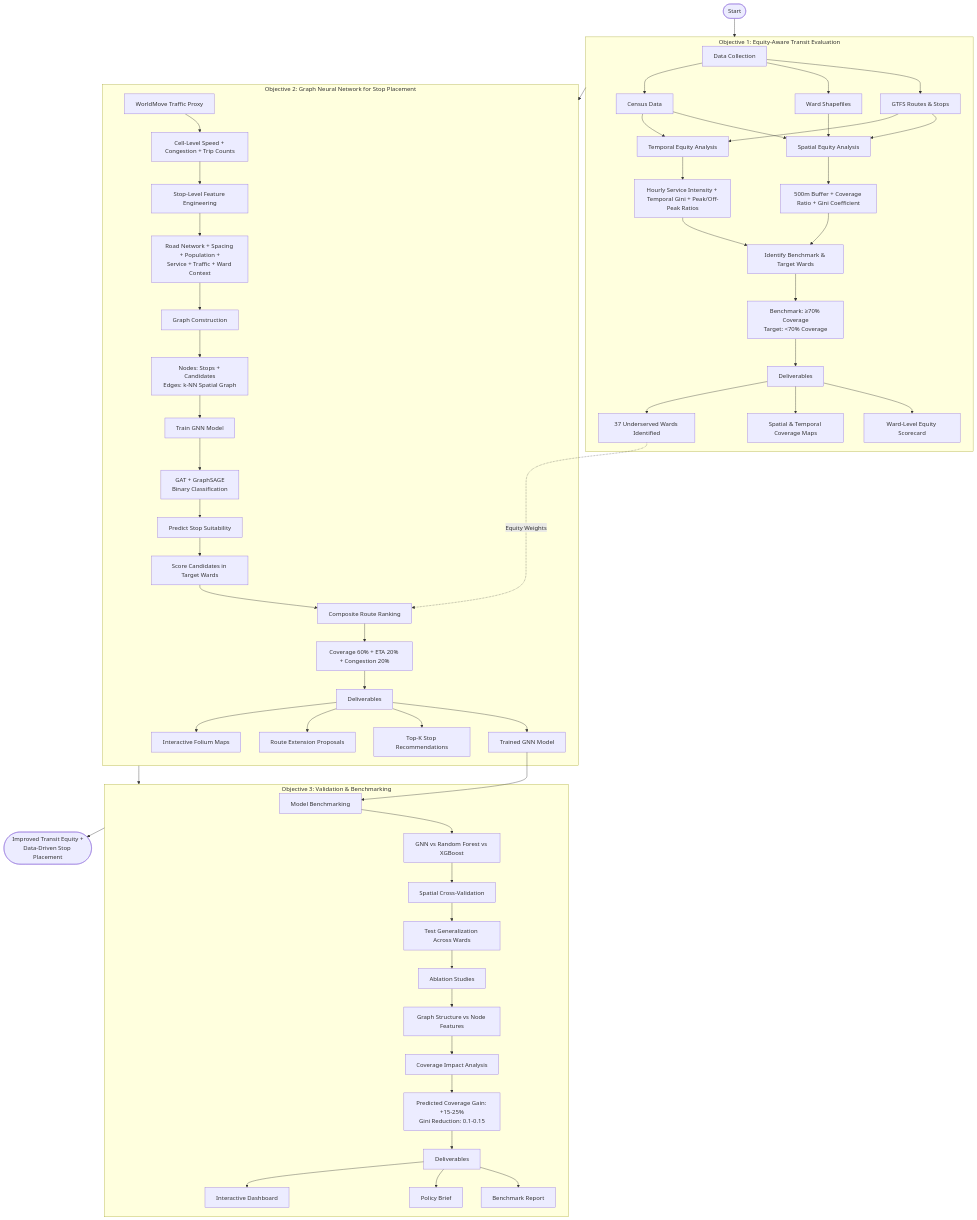
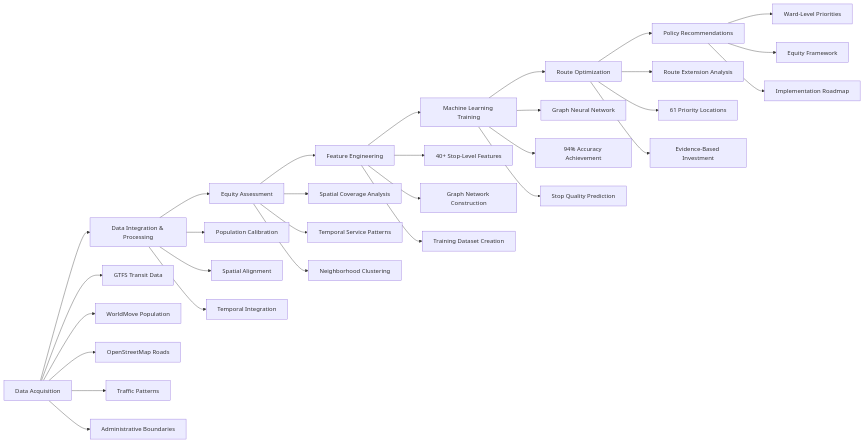
The first of 3 diagrams in README.md (atlonglastkibet/jav-nairobi), drawn with Mermaid before and after one commit. The commit also changed other lines of this file and 15 other files, not shown here.

````diff
--- a/README.md
+++ b/README.md
@@ -524,107 +33,39 @@
 ```mermaid
-flowchart TD
-    Start([Start]) --> OBJ1
+graph LR
+    A[Data Acquisition] --> B[Data Integration & Processing]
+    B --> C[Equity Assessment]
+    C --> D[Feature Engineering]
+    D --> E[Machine Learning Training]
+    E --> F[Route Optimization]
+    F --> G[Policy Recommendations]
 
-    subgraph OBJ1[Objective 1: Equity-Aware Transit Evaluation]
-        A1[Data Collection]
-        A2[GTFS Routes & Stops]
-        A3[Ward Shapefiles]
-        A4[Census Data]
-        A1 --> A2 & A3 & A4
+    A --> A1[GTFS Transit Data]
+    A --> A2[WorldMove Population]
+    A --> A3[OpenStreetMap Roads]
+    A --> A4[Traffic Patterns]
+    A --> A5[Administrative Boundaries]
 
-        B1[Spatial Equity Analysis]
-        B2[500m Buffer + Coverage Ratio + Gini Coefficient]
-        A2 & A3 & A4 --> B1
-        B1 --> B2
+    B --> B1[Population Calibration]
+    B --> B2[Spatial Alignment]
+    B --> B3[Temporal Integration]
 
-        C1[Temporal Equity Analysis]
-        C2[Hourly Service Intensity + Temporal Gini + Peak/Off-Peak Ratios]
-        A2 & A4 --> C1
-        C1 --> C2
+    C --> C1[Spatial Coverage Analysis]
+    C --> C2[Temporal Service Patterns]
+    C --> C3[Neighborhood Clustering]
 
-        D1[Identify Benchmark & Target Wards]
-        D2[Benchmark: ≥70% Coverage<br/>Target: <70% Coverage]
-        B2 & C2 --> D1
-        D1 --> D2
+    D --> D1[40+ Stop-Level Features]
+    D --> D2[Graph Network Construction]
+    D --> D3[Training Dataset Creation]
 
-        E1[Deliverables]
-        E2[Ward-Level Equity Scorecard]
-        E3[Spatial & Temporal Coverage Maps]
-        E4[37 Underserved Wards Identified]
-        D2 --> E1
-        E1 --> E2 & E3 & E4
-    end
+    E --> E1[Graph Neural Network]
+    E --> E2[94% Accuracy Achievement]
+    E --> E3[Stop Quality Prediction]
 
-    subgraph OBJ2[Objective 2: Graph Neural Network for Stop Placement]
-        F1[WorldMove Traffic Proxy]
-        F2[Cell-Level Speed + Congestion + Trip Counts]
-        F1 --> F2
+    F --> F1[Route Extension Analysis]
+    F --> F2[61 Priority Locations]
+    F --> F3[Evidence-Based Investment]
 
-        G1[Stop-Level Feature Engineering]
-        G2[Road Network + Spacing + Population +<br/>Service + Traffic + Ward Context]
-        F2 --> G1
-        G1 --> G2
-
-        H1[Graph Construction]
-        H2[Nodes: Stops + Candidates<br/>Edges: k-NN Spatial Graph]
-        G2 --> H1
-        H1 --> H2
-
-        I1[Train GNN Model]
-        I2[GAT + GraphSAGE<br/>Binary Classification]
-        H2 --> I1
-        I1 --> I2
-
-        J1[Predict Stop Suitability]
-        J2[Score Candidates in Target Wards]
-        I2 --> J1
-        J1 --> J2
-
-        K1[Composite Route Ranking]
-        K2[Coverage 60% + ETA 20% + Congestion 20%]
-        J2 --> K1
-        E4 -.Equity Weights.-> K1
-        K1 --> K2
-
-        L1[Deliverables]
-        L2[Trained GNN Model]
-        L3[Top-K Stop Recommendations]
-        L4[Route Extension Proposals]
-        L5[Interactive Folium Maps]
-        K2 --> L1
-        L1 --> L2 & L3 & L4 & L5
-    end
-
-    subgraph OBJ3[Objective 3: Validation & Benchmarking]
-        M1[Model Benchmarking]
-        M2[GNN vs Random Forest vs XGBoost]
-        L2 --> M1
-        M1 --> M2
-
-        N1[Spatial Cross-Validation]
-        N2[Test Generalization Across Wards]
-        M2 --> N1
-        N1 --> N2
-
-        O1[Ablation Studies]
-        O2[Graph Structure vs Node Features]
-        N2 --> O1
-        O1 --> O2
-
-        P1[Coverage Impact Analysis]
-        P2[Predicted Coverage Gain: +15-25%<br/>Gini Reduction: 0.1-0.15]
-        O2 --> P1
-        P1 --> P2
-
-        Q1[Deliverables]
-        Q2[Benchmark Report]
-        Q3[Policy Brief]
-        Q4[Interactive Dashboard]
-        P2 --> Q1
-        Q1 --> Q2 & Q3 & Q4
-    end
-
-    OBJ1 --> OBJ2
-    OBJ2 --> OBJ3
-    OBJ3 --> End([Improved Transit Equity +<br/>Data-Driven Stop Placement])
+    G --> G1[Ward-Level Priorities]
+    G --> G2[Equity Framework]
+    G --> G3[Implementation Roadmap]
 ```
````
